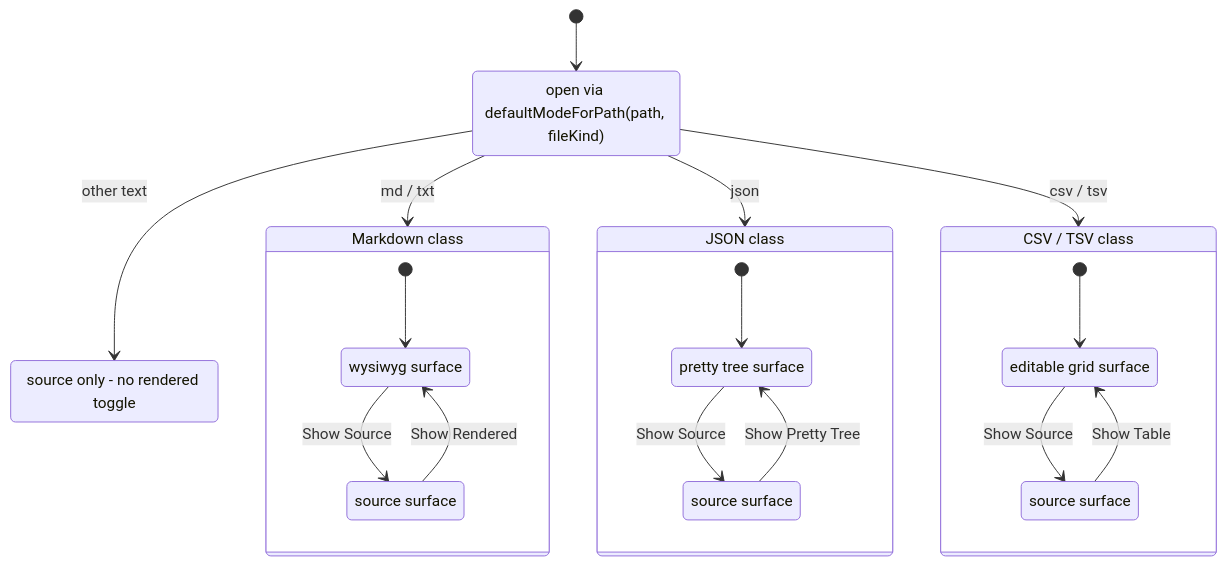
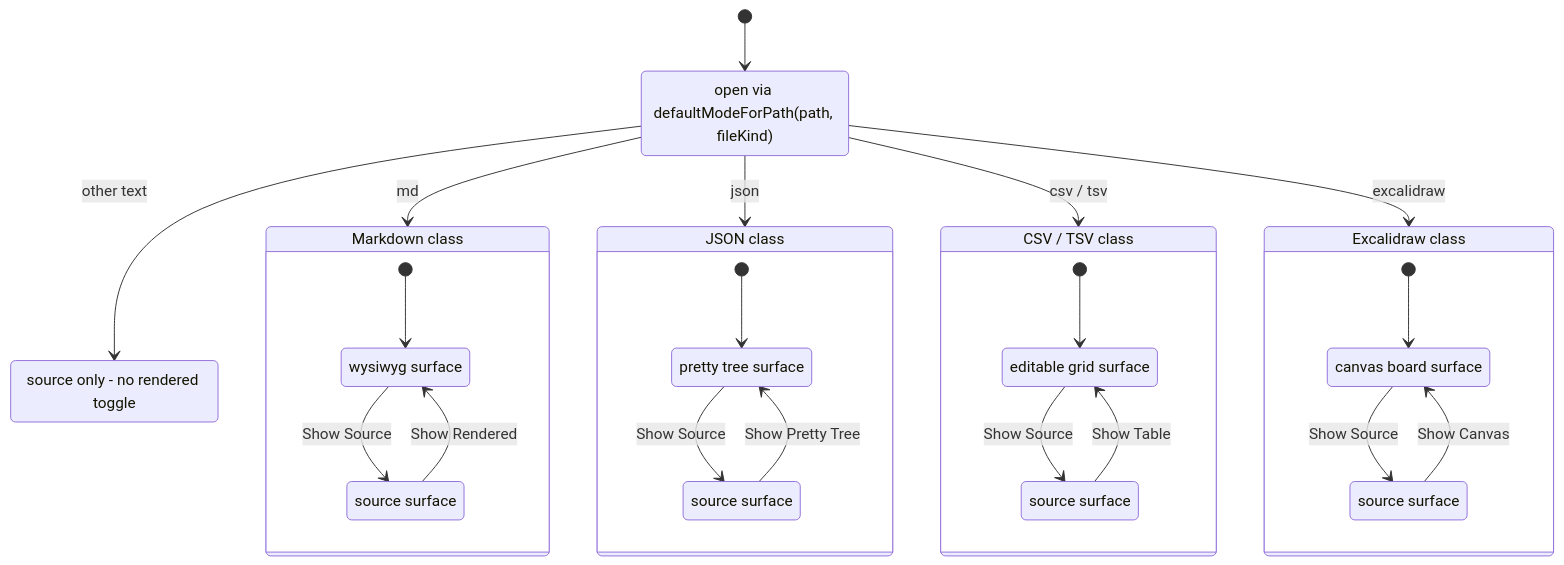
The second of 4 diagrams in web/packages/workspace-app/src/editor/design.md (fiorix/chan), drawn with Mermaid before and after one commit. The commit also changed other lines of this file and 41 other files, not shown here.

````diff
--- a/web/packages/workspace-app/src/editor/design.md
+++ b/web/packages/workspace-app/src/editor/design.md
@@ -88,35 +88,44 @@
 ```mermaid
 stateDiagram-v2
     [*] --> pick
     pick: open via defaultModeForPath(path, fileKind)
-    pick --> Markdown: md / txt
+    pick --> Markdown: md
     pick --> Json: json
     pick --> Csv: csv / tsv
+    pick --> Canvas: excalidraw
     pick --> Text: other text
 
     state "Markdown class" as Markdown {
         [*] --> wysiwyg
         wysiwyg: wysiwyg surface
         mdsrc: source surface
         wysiwyg --> mdsrc: Show Source
         mdsrc --> wysiwyg: Show Rendered
     }
 
     state "JSON class" as Json {
         [*] --> pretty
         pretty: pretty tree surface
         jsonsrc: source surface
         pretty --> jsonsrc: Show Source
         jsonsrc --> pretty: Show Pretty Tree
     }
 
     state "CSV / TSV class" as Csv {
         [*] --> table
         table: editable grid surface
         csvsrc: source surface
         table --> csvsrc: Show Source
         csvsrc --> table: Show Table
     }
 
+    state "Excalidraw class" as Canvas {
+        [*] --> canvas
+        canvas: canvas board surface
+        canvassrc: source surface
+        canvas --> canvassrc: Show Source
+        canvassrc --> canvas: Show Canvas
+    }
+
     Text: source only - no rendered toggle
 ```
````
